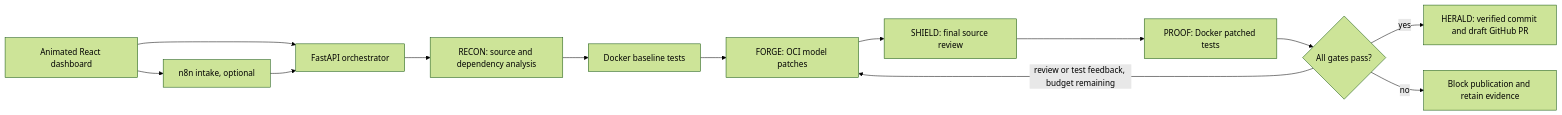
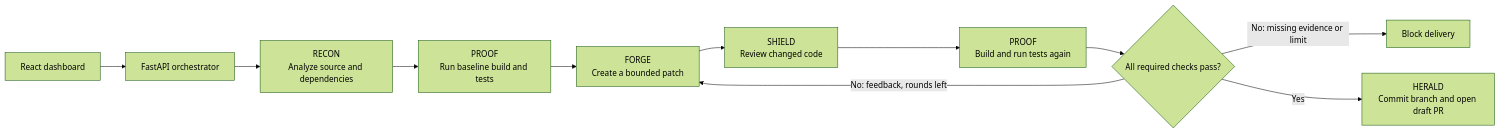
One commit to dhanrajgupta2736/pvg_vasuki changed the diagram in README.md. Above: the diagram before and after it, drawn with Mermaid (forest theme). The commit also changed other lines of this file and 1 other file, not shown here.

````diff
--- a/README.md
+++ b/README.md
@@ -59,15 +49,13 @@
 ```mermaid
 flowchart LR
-    UI[Animated React dashboard] --> N[n8n intake, optional]
-    UI --> API[FastAPI orchestrator]
-    N --> API
-    API --> R[RECON: source and dependency analysis]
-    R --> B[Docker baseline tests]
-    B --> F[FORGE: OCI model patches]
-    F --> S[SHIELD: final source review]
-    S --> P[PROOF: Docker patched tests]
-    P --> G{All gates pass?}
-    G -->|yes| PR[HERALD: verified commit and draft GitHub PR]
-    G -->|no| X[Block publication and retain evidence]
-    G -->|review or test feedback, budget remaining| F
+    UI[React dashboard] --> API[FastAPI orchestrator]
+    API --> R[RECON<br/>Analyze source and dependencies]
+    R --> B[PROOF<br/>Run baseline build and tests]
+    B --> F[FORGE<br/>Create a bounded patch]
+    F --> S[SHIELD<br/>Review changed code]
+    S --> P[PROOF<br/>Build and run tests again]
+    P --> G{All required checks pass?}
+    G -->|No: feedback, rounds left| F
+    G -->|No: missing evidence or limit| X[Block delivery]
+    G -->|Yes| H[HERALD<br/>Commit branch and open draft PR]
 ```
````
